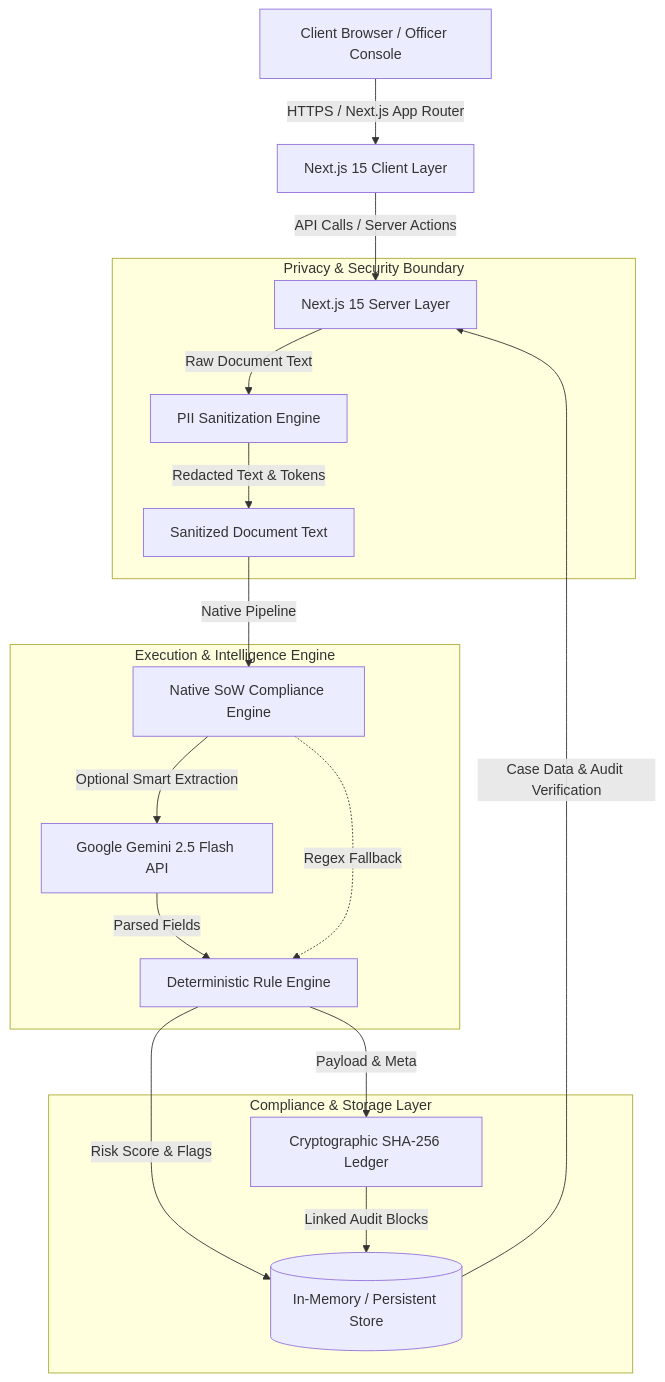
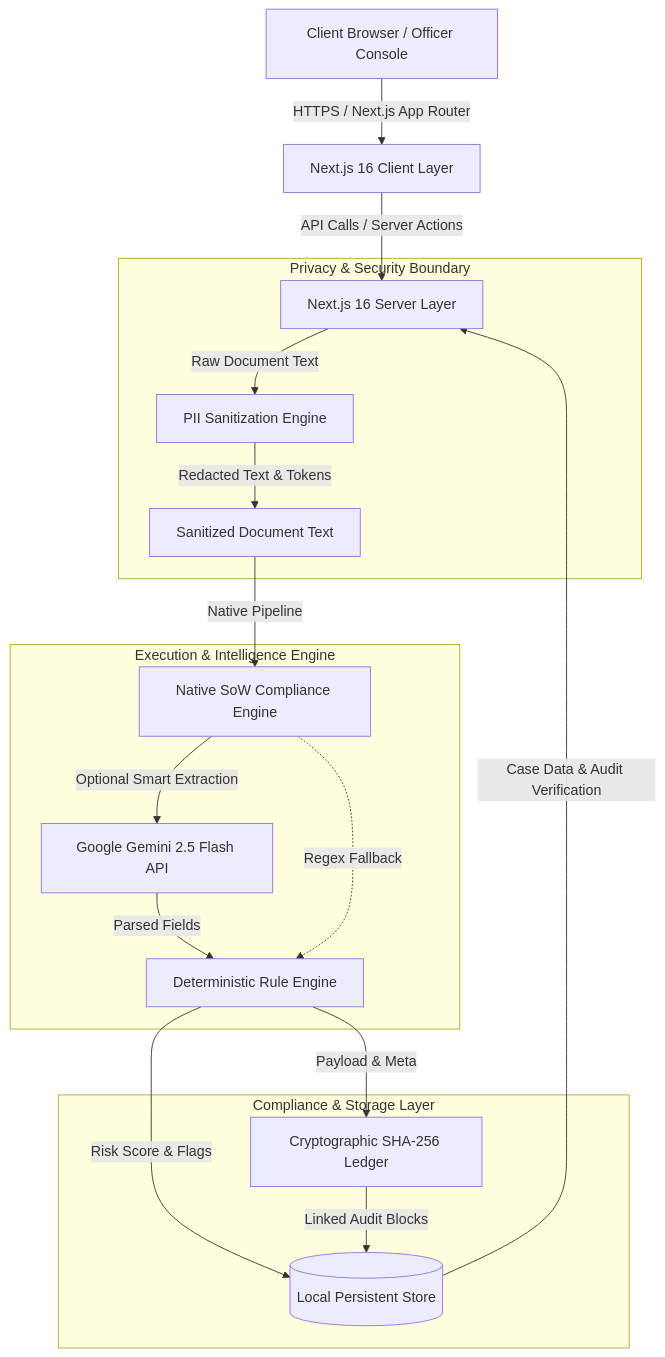
One commit to khaizafron/luxera-provenance changed the diagram in docs/architecture.md. Above: the diagram before and after it, drawn with Mermaid. The commit also changed other lines of this file and 7 other files, not shown here.

````diff
--- a/docs/architecture.md
+++ b/docs/architecture.md
@@ -9,25 +9,25 @@
 ```mermaid
 graph TD
-    User[Client Browser / Officer Console] -->|HTTPS / Next.js App Router| Frontend[Next.js 15 Client Layer]
-    Frontend -->|API Calls / Server Actions| Server[Next.js 15 Server Layer]
+    User[Client Browser / Officer Console] -->|HTTPS / Next.js App Router| Frontend[Next.js 16 Client Layer]
+    Frontend -->|API Calls / Server Actions| Server[Next.js 16 Server Layer]
     
     subgraph Privacy & Security Boundary
         Server -->|Raw Document Text| PII[PII Sanitization Engine]
         PII -->|Redacted Text & Tokens| RedactedText[Sanitized Document Text]
     end
     
     subgraph Execution & Intelligence Engine
         RedactedText -->|Native Pipeline| Engine[Native SoW Compliance Engine]
         Engine -->|Optional Smart Extraction| Gemini[Google Gemini 2.5 Flash API]
         Gemini -->|Parsed Fields| Rules[Deterministic Rule Engine]
         Engine -.->|Regex Fallback| Rules
     end
     
     subgraph Compliance & Storage Layer
-        Rules -->|Risk Score & Flags| Store[(In-Memory / Persistent Store)]
+        Rules -->|Risk Score & Flags| Store[(Local Persistent Store)]
         Rules -->|Payload & Meta| Ledger[Cryptographic SHA-256 Ledger]
         Ledger -->|Linked Audit Blocks| Store
     end
 
     Store -->|Case Data & Audit Verification| Server
 ```
````
